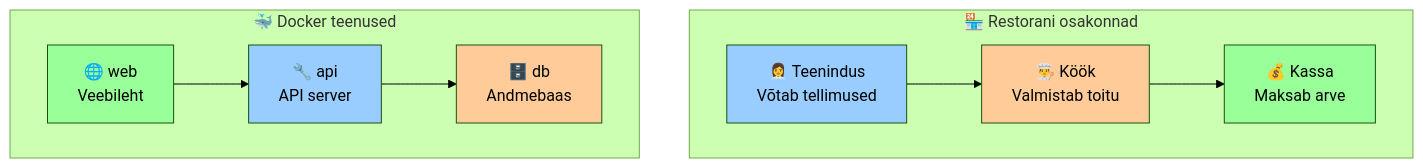
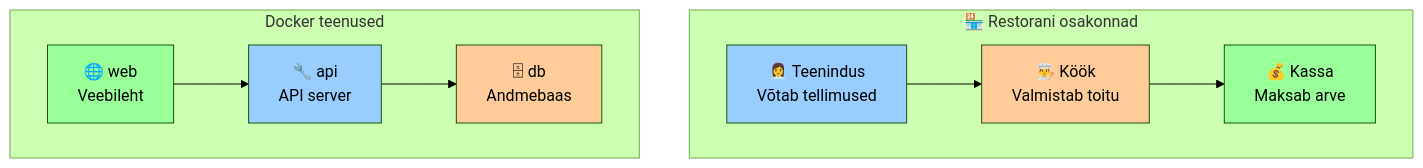
The eighth of 17 diagrams in docs/docker_orchestration/lecture.md (mtalvik/automation), drawn with Mermaid (forest theme) before and after one commit. The commit also changed other lines of this file and 168 other files, not shown here.

````diff
--- a/docs/docker_orchestration/lecture.md
+++ b/docs/docker_orchestration/lecture.md
@@ -452,27 +452,27 @@
 ```mermaid
 graph TB
     subgraph "🏪 Restorani osakonnad"
         Kitchen[👨‍🍳 Köök<br/>Valmistab toitu]
         Service[👩‍💼 Teenindus<br/>Võtab tellimused]
         Cashier[💰 Kassa<br/>Maksab arve]
     end
     
-    subgraph "🐳 Docker teenused"
-        DB[🗄️ db<br/>Andmebaas]
+    subgraph " Docker teenused"
+        DB[🗄 db<br/>Andmebaas]
         API[🔧 api<br/>API server]
         Web[🌐 web<br/>Veebileht]
     end
     
     Service --> Kitchen
     Kitchen --> Cashier
     
     Web --> API
     API --> DB
     
     style Kitchen fill:#ffcc99
     style Service fill:#99ccff
     style Cashier fill:#99ff99
     style DB fill:#ffcc99
     style API fill:#99ccff
     style Web fill:#99ff99
 ```
````
